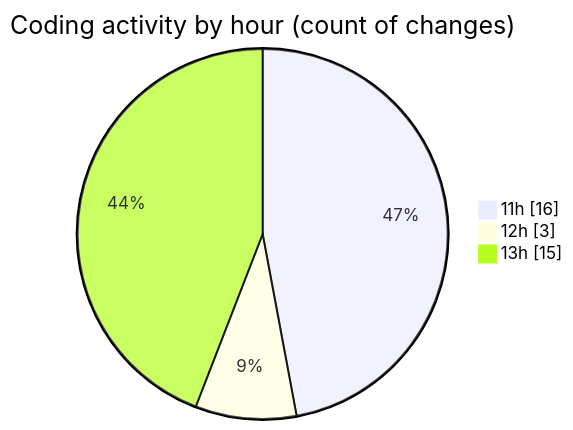
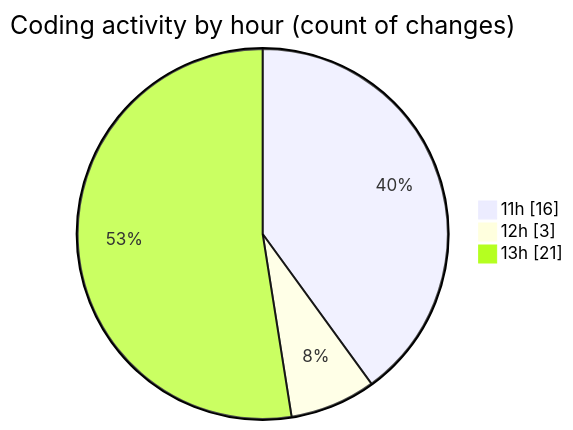
One commit to nxtqubesakshisongat/code-tracking changed the second of 2 diagrams in 2026-03-31/nxtqube_webapp/README.md. Above: the diagram before and after it, drawn with Mermaid. The commit also changed other lines of this file and 1 other file, not shown here.

````diff
--- a/2026-03-31/nxtqube_webapp/README.md
+++ b/2026-03-31/nxtqube_webapp/README.md
@@ -32,7 +32,7 @@
 ```mermaid
 pie showData
 title Coding activity by hour (count of changes)
 "11h" : 16
 "12h" : 3
-"13h" : 15
+"13h" : 21
 ```
````
